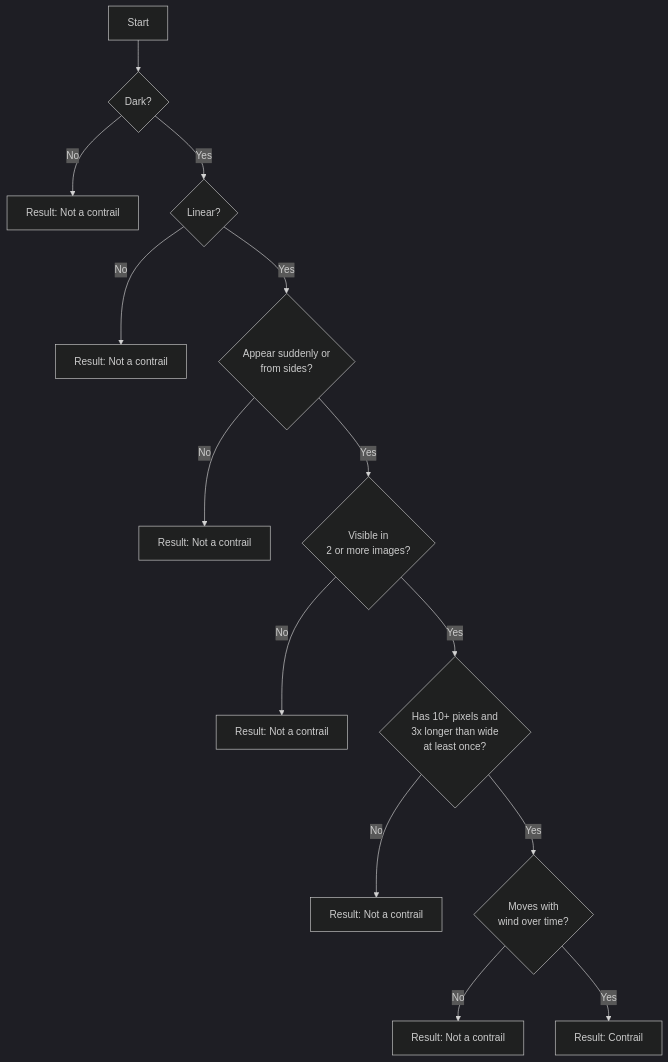
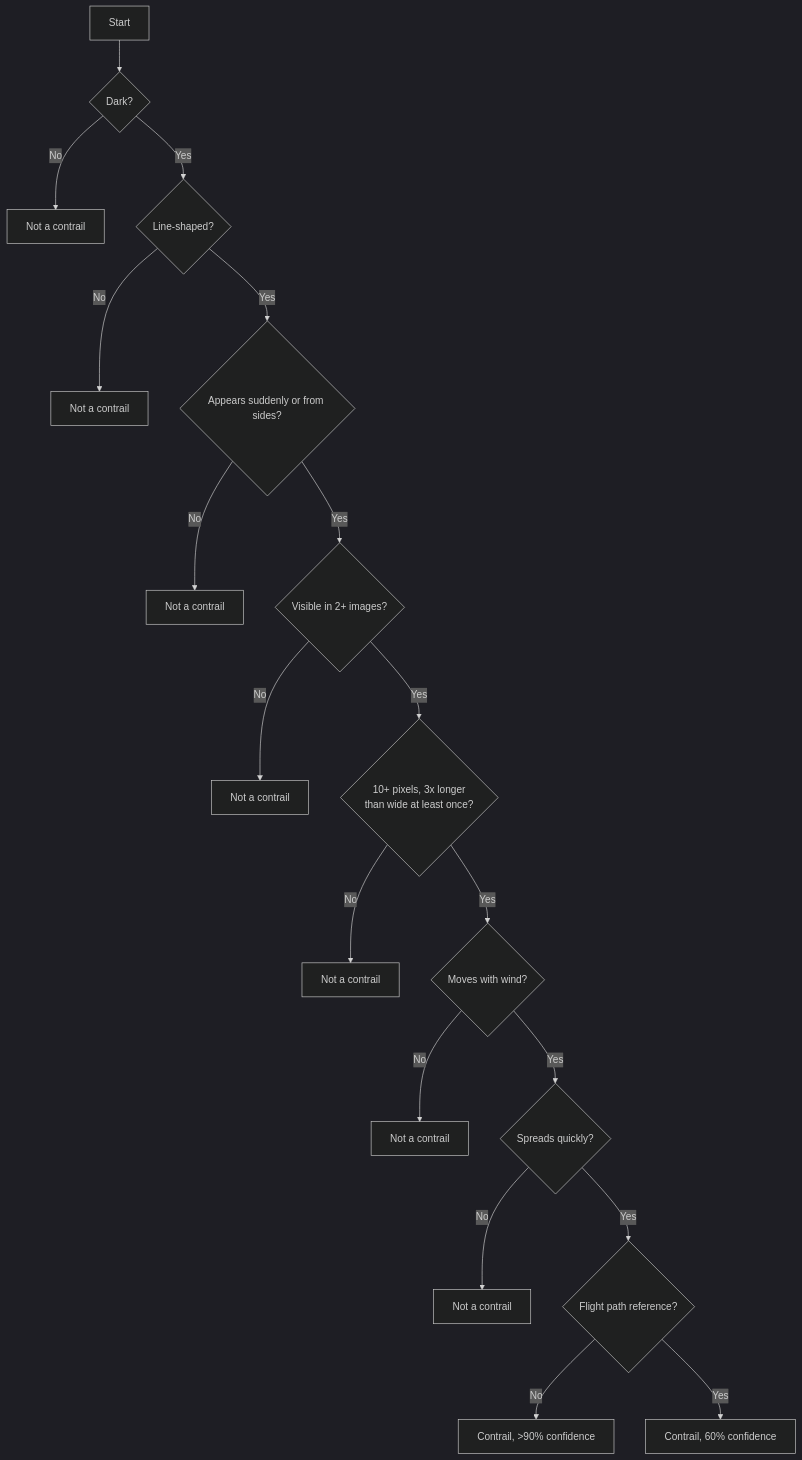
The first of 2 diagrams in RESEARCH.md (patmejia/contrails_vision), drawn with Mermaid (dark theme) before and after one commit. The commit also changed other lines of this file and 2 other files, not shown here.

````diff
--- a/RESEARCH.md
+++ b/RESEARCH.md
@@ -4,17 +22,21 @@
 ```mermaid
-graph TD;
+graph TD
   A[Start]
   A --> B{Dark?}
-  B --> |No| C1[Result: Not a contrail]
-  B --> |Yes| D{Linear?}
-  D --> |No| E1[Result: Not a contrail]
-  D --> |Yes| F{Appear suddenly or \n from sides?}
-  F --> |No| G1[Result: Not a contrail]
-  F --> |Yes| H{Visible in \n 2 or more images?}
-  H --> |No| I1[Result: Not a contrail]
-  H --> |Yes| J{Has 10+ pixels and \n 3x longer than wide \n at least once?}
-  J --> |No| K1[Result: Not a contrail]
-  J --> |Yes| L{Moves with \n wind over time?}
-  L --> |No| M1[Result: Not a contrail]
-  L --> |Yes| N[Result: Contrail]
+  B --> |No| C1[Not a contrail]
+  B --> |Yes| D{Line-shaped?}
+  D --> |No| E1[Not a contrail]
+  D --> |Yes| F{Appears suddenly or from sides?}
+  F --> |No| G1[Not a contrail]
+  F --> |Yes| H{Visible in 2+ images?}
+  H --> |No| I1[Not a contrail]
+  H --> |Yes| J{10+ pixels, 3x longer \n than wide at least once?}
+  J --> |No| K1[Not a contrail]
+  J --> |Yes| L{Moves with wind?}
+  L --> |No| M1[Not a contrail]
+  L --> |Yes| N{Spreads quickly?}
+  N --> |No| O1[Not a contrail]
+  N --> |Yes| P{Flight path reference?}
+  P --> |No| Q1[Contrail, >90% confidence]
+  P --> |Yes| R[Contrail, 60% confidence]
 ```
````
